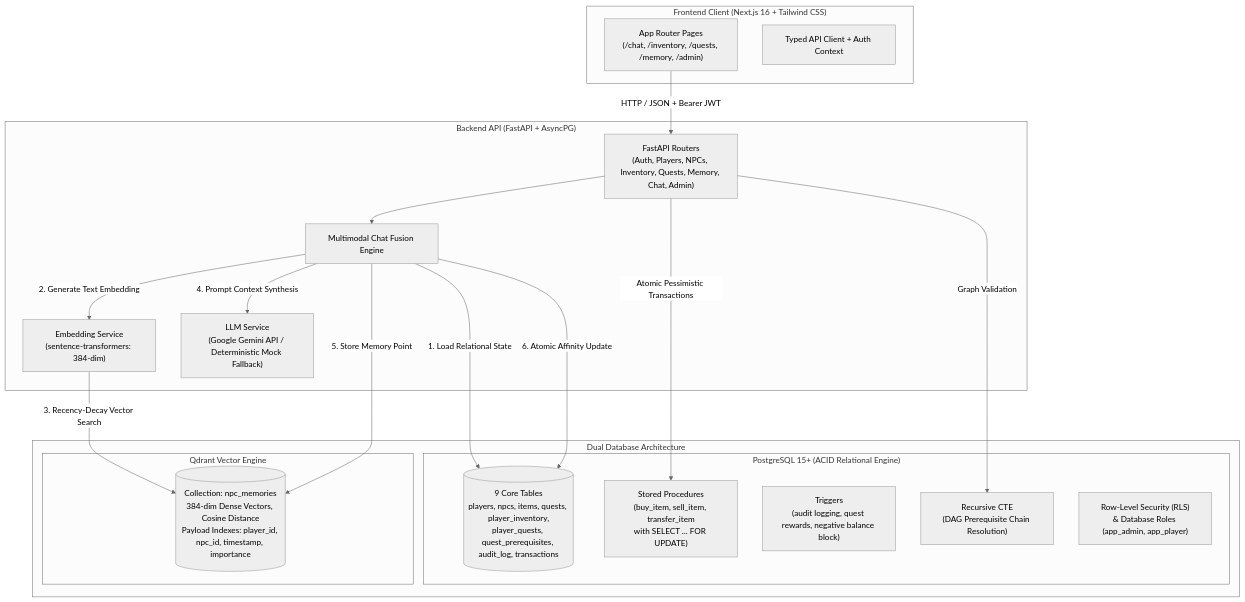
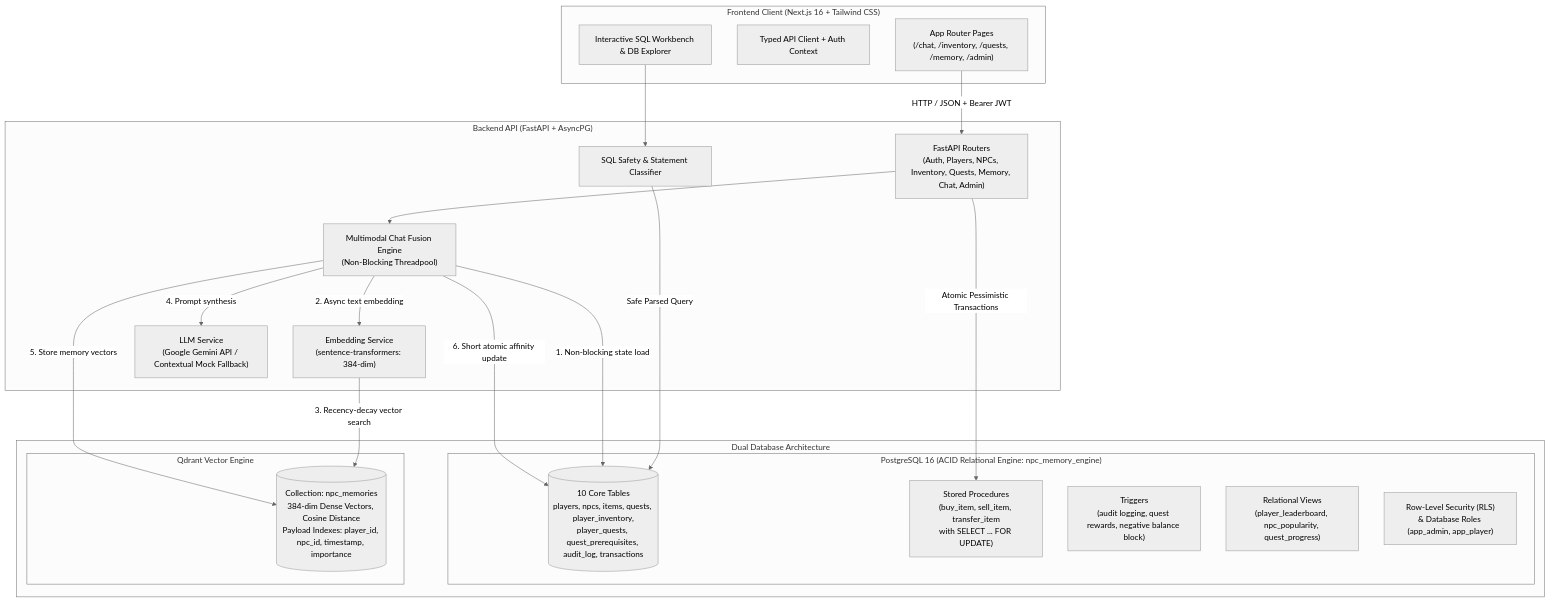
Before and after one commit to mat-7697/Generative-NPC-Memory-Engine: the diagram in README.md, drawn with Mermaid (neutral theme). The commit also changed other lines of this file and 28 other files, not shown here.

Commit message:
feat: enhance SQL workbench, NPC memory and database reliability

````diff
--- a/README.md
+++ b/README.md
@@ -43,39 +77,42 @@
 ```mermaid
 flowchart TD
     subgraph Client["Frontend Client (Next.js 16 + Tailwind CSS)"]
         UI["App Router Pages\n(/chat, /inventory, /quests, /memory, /admin)"]
         API_CLIENT["Typed API Client + Auth Context"]
+        WORKBENCH["Interactive SQL Workbench & DB Explorer"]
     end
 
     subgraph Server["Backend API (FastAPI + AsyncPG)"]
         ROUTERS["FastAPI Routers\n(Auth, Players, NPCs, Inventory, Quests, Memory, Chat, Admin)"]
-        FUSION["Multimodal Chat Fusion Engine"]
+        FUSION["Multimodal Chat Fusion Engine\n(Non-Blocking Threadpool)"]
+        SAFETY["SQL Safety & Statement Classifier"]
         SENTENCE["Embedding Service\n(sentence-transformers: 384-dim)"]
-        LLM["LLM Service\n(Google Gemini API / Deterministic Mock Fallback)"]
+        LLM["LLM Service\n(Google Gemini API / Contextual Mock Fallback)"]
     end
 
     subgraph Databases["Dual Database Architecture"]
-        subgraph Postgres["PostgreSQL 15+ (ACID Relational Engine)"]
-            TABLES[("9 Core Tables\nplayers, npcs, items, quests, player_inventory,\nplayer_quests, quest_prerequisites, audit_log, transactions")]
+        subgraph Postgres["PostgreSQL 16 (ACID Relational Engine: npc_memory_engine)"]
+            TABLES[("10 Core Tables\nplayers, npcs, items, quests, player_inventory,\nplayer_quests, quest_prerequisites, audit_log, transactions")]
             PROCS["Stored Procedures\n(buy_item, sell_item, transfer_item\nwith SELECT ... FOR UPDATE)"]
             TRIGGERS["Triggers\n(audit logging, quest rewards, negative balance block)"]
-            CTE["Recursive CTE\n(DAG Prerequisite Chain Resolution)"]
+            VIEWS["Relational Views\n(player_leaderboard, npc_popularity, quest_progress)"]
             RLS["Row-Level Security (RLS)\n& Database Roles (app_admin, app_player)"]
         end
 
         subgraph Vector["Qdrant Vector Engine"]
             VEC_COLLECTION[("Collection: npc_memories\n384-dim Dense Vectors, Cosine Distance\nPayload Indexes: player_id, npc_id, timestamp, importance")]
         end
     end
 
     UI -->|HTTP / JSON + Bearer JWT| ROUTERS
+    WORKBENCH --> SAFETY
+    SAFETY -->|Safe Parsed Query| TABLES
     ROUTERS --> FUSION
-    FUSION -->|1. Load Relational State| TABLES
-    FUSION -->|2. Generate Text Embedding| SENTENCE
-    SENTENCE -->|3. Recency-Decay Vector Search| VEC_COLLECTION
-    FUSION -->|4. Prompt Context Synthesis| LLM
-    FUSION -->|5. Store Memory Point| VEC_COLLECTION
-    FUSION -->|6. Atomic Affinity Update| TABLES
+    FUSION -->|1. Non-blocking state load| TABLES
+    FUSION -->|2. Async text embedding| SENTENCE
+    SENTENCE -->|3. Recency-decay vector search| VEC_COLLECTION
+    FUSION -->|4. Prompt synthesis| LLM
+    FUSION -->|5. Store memory vectors| VEC_COLLECTION
+    FUSION -->|6. Short atomic affinity update| TABLES
     ROUTERS -->|Atomic Pessimistic Transactions| PROCS
-    ROUTERS -->|Graph Validation| CTE
 ```
````
